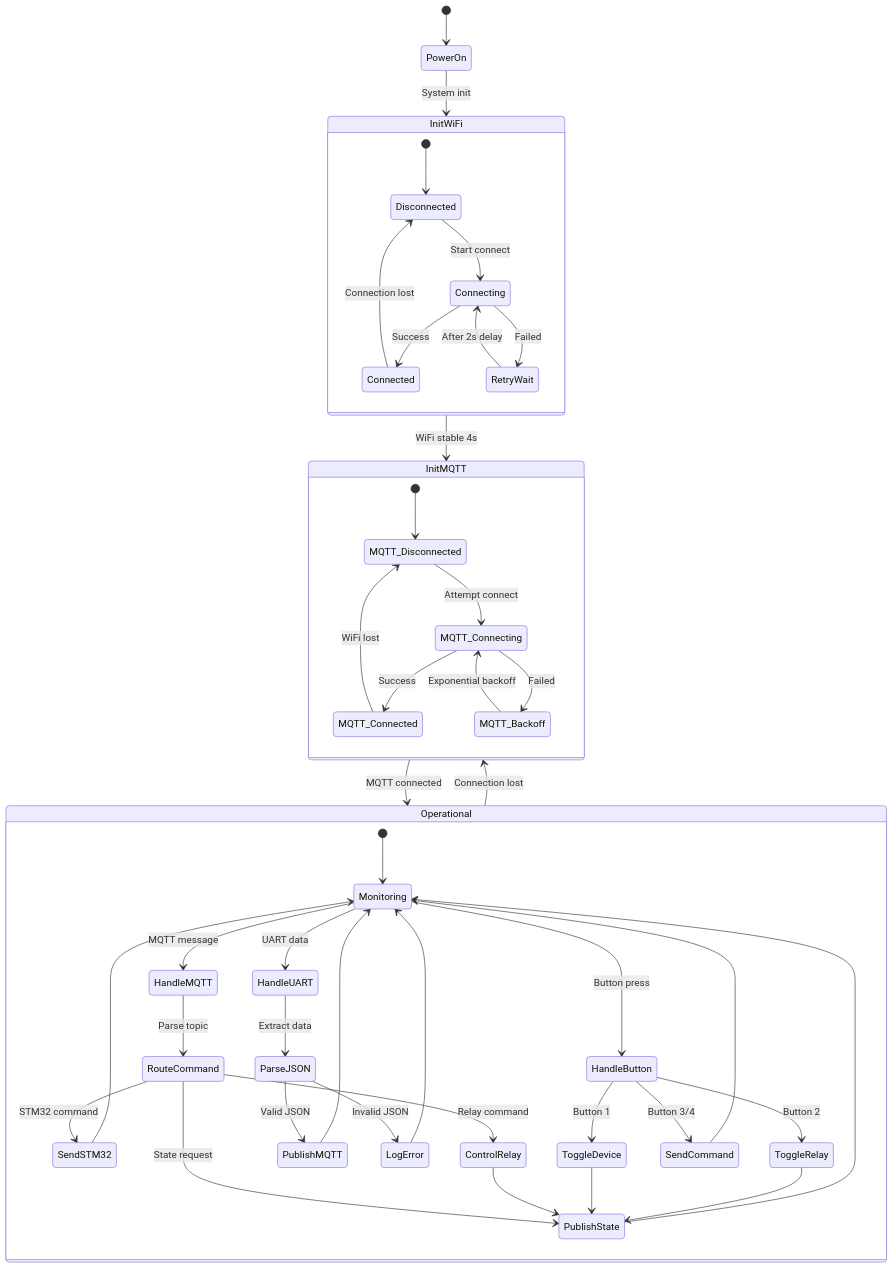
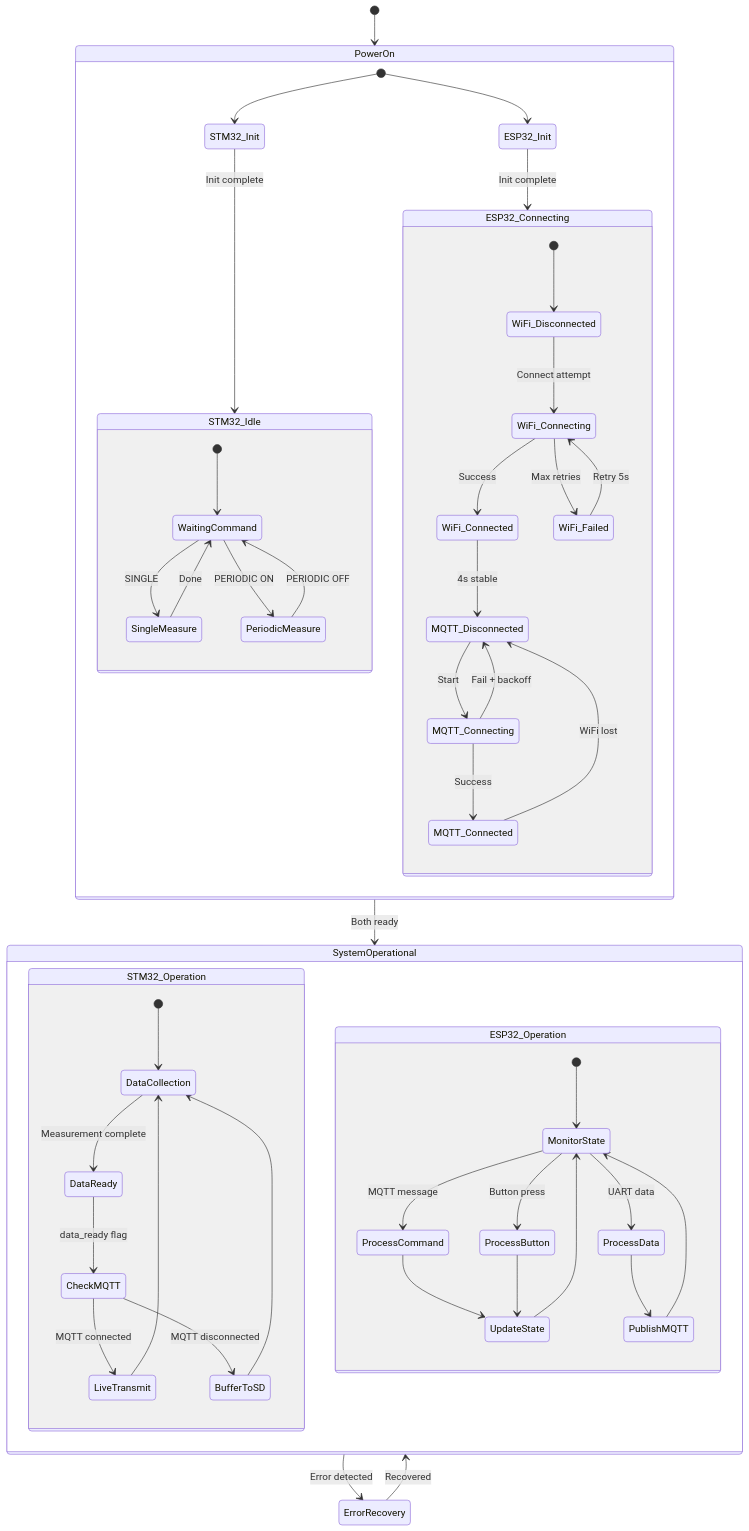
The fourth of 10 diagrams in documents/firmware/UML_DIAGRAM_FIRMWARE.md (meeTeam05/datalogger), drawn with Mermaid before and after one commit. The commit also changed other lines of this file, not shown here.

Commit message:
fix(docs): enhance UML and architecture diagrams for firmware system; improve clarity and structure

````diff
--- a/documents/firmware/UML_DIAGRAM_FIRMWARE.md
+++ b/documents/firmware/UML_DIAGRAM_FIRMWARE.md
@@ -340,60 +332,62 @@
 ```mermaid
 stateDiagram-v2
     [*] --> PowerOn
 
-    PowerOn --> InitWiFi : System init
+    state PowerOn {
+        [*] --> STM32_Init
+        [*] --> ESP32_Init
 
-    state InitWiFi {
-        [*] --> Disconnected
-        Disconnected --> Connecting : Start connect
-        Connecting --> Connected : Success
-        Connecting --> RetryWait : Failed
-        RetryWait --> Connecting : After 2s delay
-        Connected --> Disconnected : Connection lost
+        STM32_Init --> STM32_Idle : Init complete
+        ESP32_Init --> ESP32_Connecting : Init complete
+
+        state STM32_Idle {
+            [*] --> WaitingCommand
+            WaitingCommand --> SingleMeasure : SINGLE
+            WaitingCommand --> PeriodicMeasure : PERIODIC ON
+            SingleMeasure --> WaitingCommand : Done
+            PeriodicMeasure --> WaitingCommand : PERIODIC OFF
+        }
+
+        state ESP32_Connecting {
+            [*] --> WiFi_Disconnected
+            WiFi_Disconnected --> WiFi_Connecting : Connect attempt
+            WiFi_Connecting --> WiFi_Connected : Success
+            WiFi_Connecting --> WiFi_Failed : Max retries
+            WiFi_Failed --> WiFi_Connecting : Retry 5s
+            WiFi_Connected --> MQTT_Disconnected : 4s stable
+
+            MQTT_Disconnected --> MQTT_Connecting : Start
+            MQTT_Connecting --> MQTT_Connected : Success
+            MQTT_Connecting --> MQTT_Disconnected : Fail + backoff
+            MQTT_Connected --> MQTT_Disconnected : WiFi lost
+        }
     }
 
-    InitWiFi --> InitMQTT : WiFi stable 4s
+    state SystemOperational {
+        state STM32_Operation {
+            [*] --> DataCollection
+            DataCollection --> DataReady : Measurement complete
+            DataReady --> CheckMQTT : data_ready flag
+            CheckMQTT --> LiveTransmit : MQTT connected
+            CheckMQTT --> BufferToSD : MQTT disconnected
+            LiveTransmit --> DataCollection
+            BufferToSD --> DataCollection
+        }
 
-    state InitMQTT {
-        [*] --> MQTT_Disconnected
-        MQTT_Disconnected --> MQTT_Connecting : Attempt connect
-        MQTT_Connecting --> MQTT_Connected : Success
-        MQTT_Connecting --> MQTT_Backoff : Failed
-        MQTT_Backoff --> MQTT_Connecting : Exponential backoff
-        MQTT_Connected --> MQTT_Disconnected : WiFi lost
+        state ESP32_Operation {
+            [*] --> MonitorState
+            MonitorState --> ProcessCommand : MQTT message
+            MonitorState --> ProcessData : UART data
+            MonitorState --> ProcessButton : Button press
+            ProcessCommand --> UpdateState
+            ProcessData --> PublishMQTT
+            ProcessButton --> UpdateState
+            UpdateState --> MonitorState
+            PublishMQTT --> MonitorState
+        }
     }
 
-    InitMQTT --> Operational : MQTT connected
-
-    state Operational {
-        [*] --> Monitoring
-
-        Monitoring --> HandleMQTT : MQTT message
-        Monitoring --> HandleUART : UART data
-        Monitoring --> HandleButton : Button press
-
-        HandleMQTT --> RouteCommand : Parse topic
-        RouteCommand --> SendSTM32 : STM32 command
-        RouteCommand --> ControlRelay : Relay command
-        RouteCommand --> PublishState : State request
-
-        HandleUART --> ParseJSON : Extract data
-        ParseJSON --> PublishMQTT : Valid JSON
-        ParseJSON --> LogError : Invalid JSON
-
-        HandleButton --> ToggleDevice : Button 1
-        HandleButton --> ToggleRelay : Button 2
-        HandleButton --> SendCommand : Button 3/4
-
-        SendSTM32 --> Monitoring
-        ControlRelay --> PublishState
-        PublishState --> Monitoring
-        PublishMQTT --> Monitoring
-        LogError --> Monitoring
-        ToggleDevice --> PublishState
-        ToggleRelay --> PublishState
-        SendCommand --> Monitoring
-    }
-
-    Operational --> InitMQTT : Connection lost
+    PowerOn --> SystemOperational : Both ready
+    SystemOperational --> ErrorRecovery : Error detected
+    ErrorRecovery --> SystemOperational : Recovered
 ```
````
